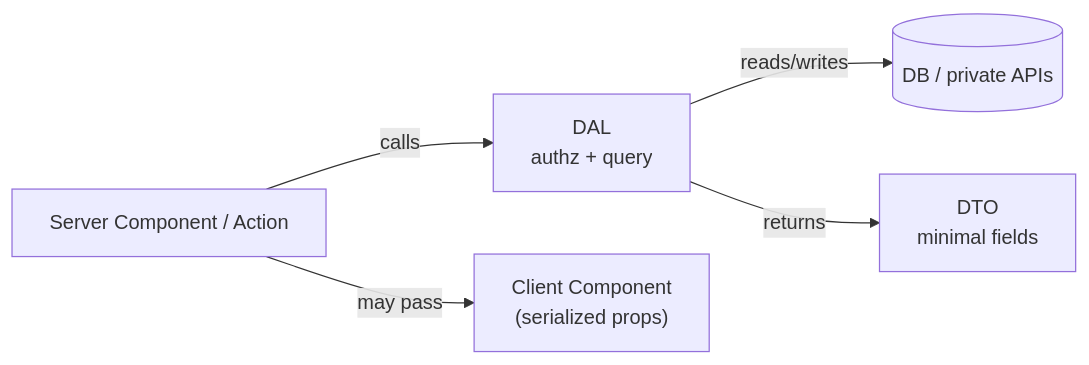
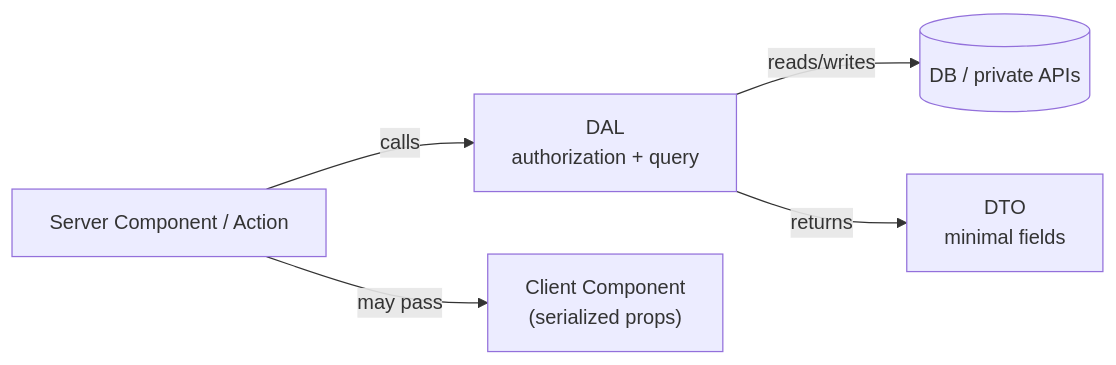
One commit to manhcuongdtbk/taskify changed the second of 2 diagrams in docs/data.md. Above: the diagram before and after it, drawn with Mermaid. The commit also changed 2 other files, not shown here.

Commit message:
Deduplicate the docs catalog and spell out authorization in prose.
List each concern once under Stack learning guides, and replace remaining authz shorthand in the auth Open when line and data DAL diagram.

````diff
--- a/docs/data.md
+++ b/docs/data.md
@@ -204,13 +204,13 @@
 ```mermaid
 flowchart LR
   SC["Server Component / Action"]
-  DAL["DAL<br/>authz + query"]
+  DAL["DAL<br/>authorization + query"]
   DB[("DB / private APIs")]
   DTO["DTO<br/>minimal fields"]
   CC["Client Component<br/>(serialized props)"]
 
   SC -->|"calls"| DAL
   DAL -->|"reads/writes"| DB
   DAL -->|"returns"| DTO
   SC -->|"may pass"| CC
 ```
````
